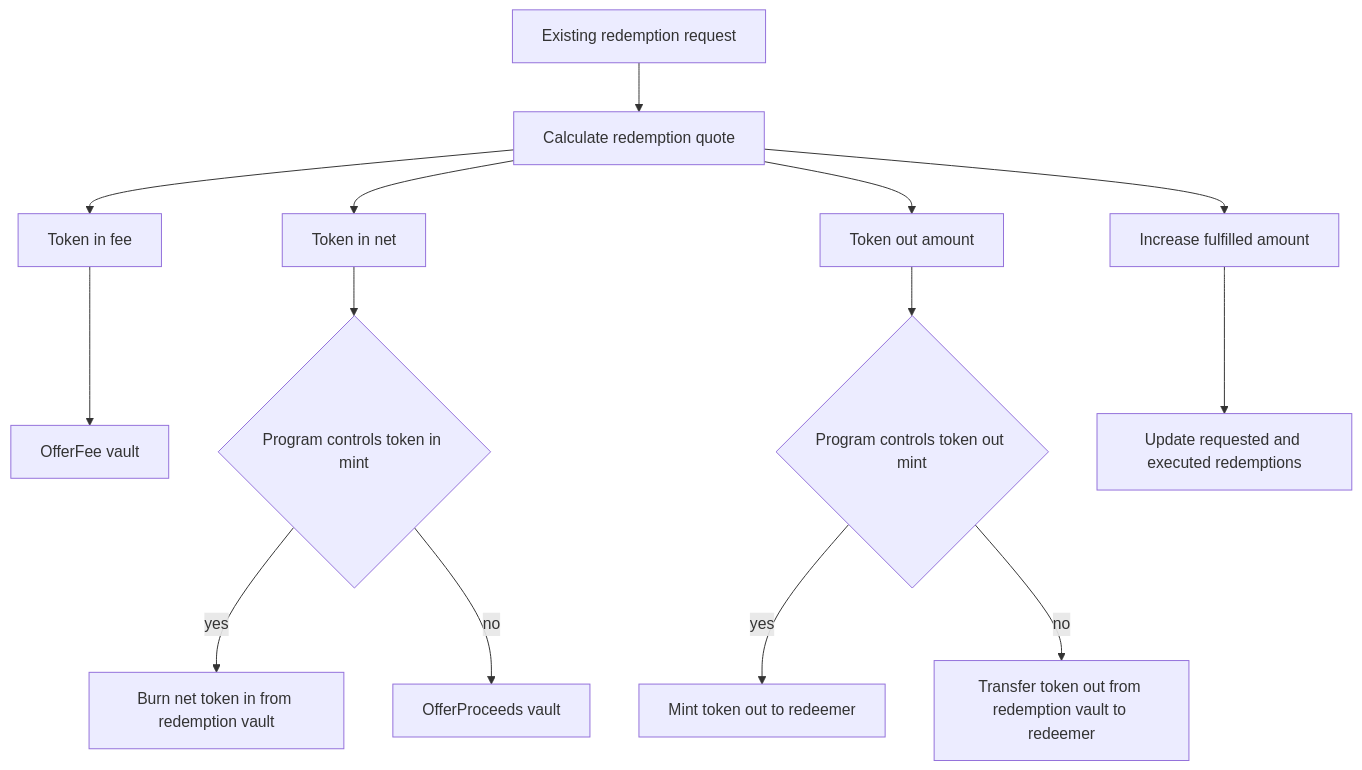
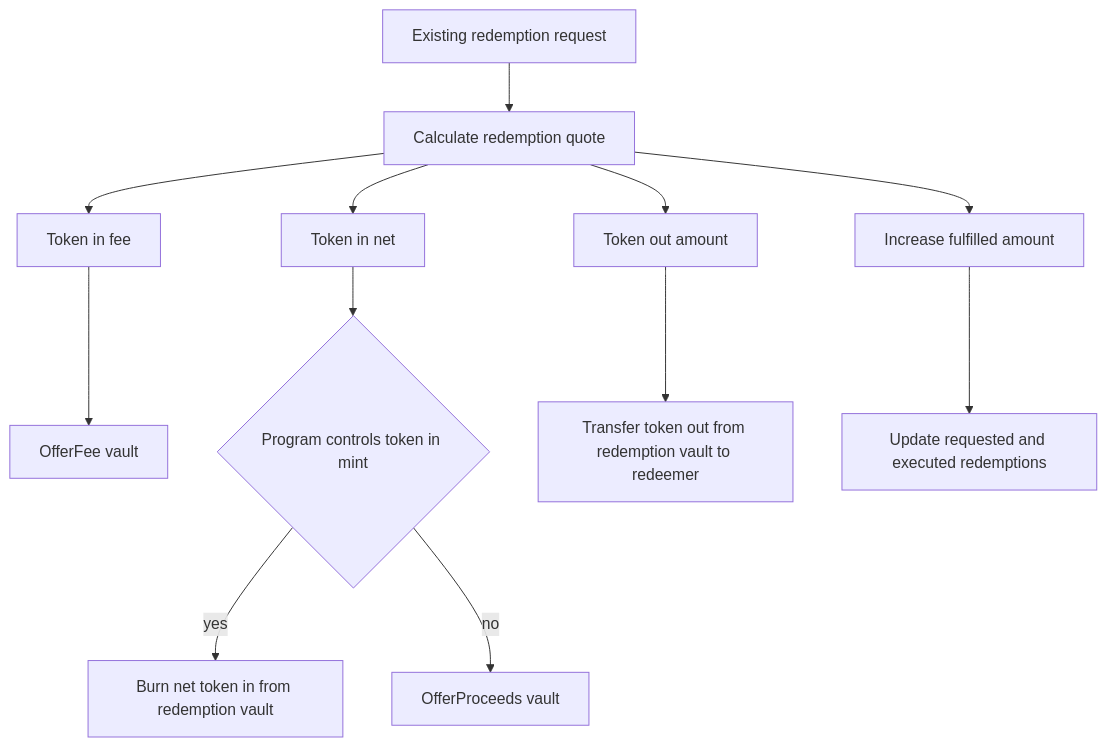
The fifth of 8 diagrams in docs/TOKEN_FLOW_ROUTING.md (talllo/onre-sol-fuzz), drawn with Mermaid before and after one commit. The commit also changed other lines of this file and 5 other files, not shown here.

Commit message:
Simplify redemption payouts to vault transfers

````diff
--- a/docs/TOKEN_FLOW_ROUTING.md
+++ b/docs/TOKEN_FLOW_ROUTING.md
@@ -141,20 +141,18 @@
 ```mermaid
 flowchart TD
     Request[Existing redemption request] --> Calc[Calculate redemption quote]
     Calc --> Fee[Token in fee]
     Calc --> Net[Token in net]
     Calc --> Out[Token out amount]
 
     Fee --> OfferFee[OfferFee vault]
 
     Net --> InMintMode{Program controls token in mint}
     InMintMode -- yes --> Burn[Burn net token in from redemption vault]
     InMintMode -- no --> OfferProceeds[OfferProceeds vault]
 
-    Out --> OutMintMode{Program controls token out mint}
-    OutMintMode -- yes --> Mint[Mint token out to redeemer]
-    OutMintMode -- no --> Pay[Transfer token out from redemption vault to redeemer]
+    Out --> Pay[Transfer token out from redemption vault to redeemer]
 
     Calc --> RequestUpdate[Increase fulfilled amount]
     RequestUpdate --> OfferCounters[Update requested and executed redemptions]
 ```
````
